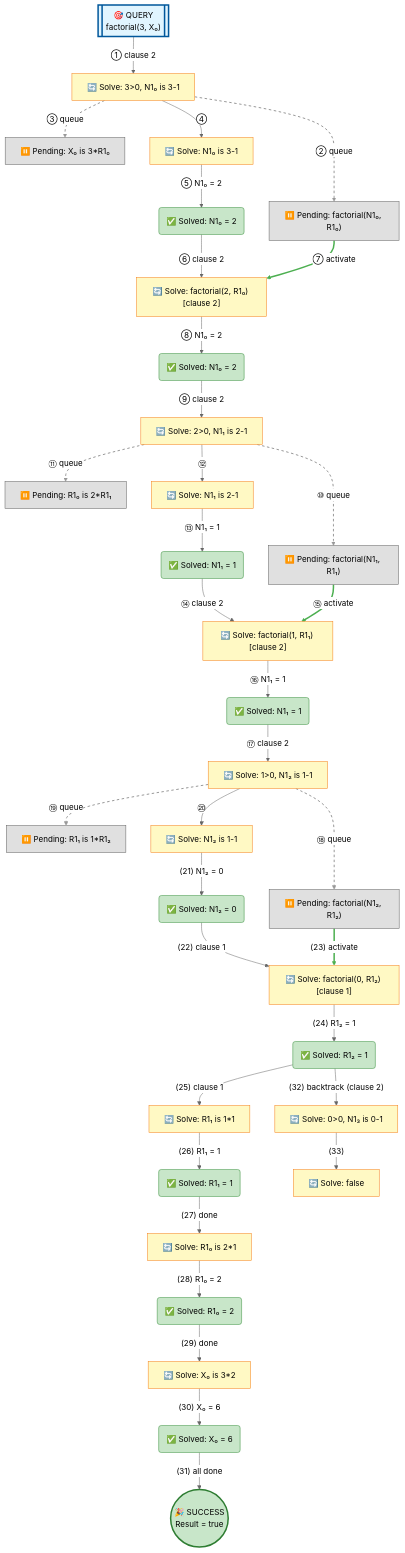
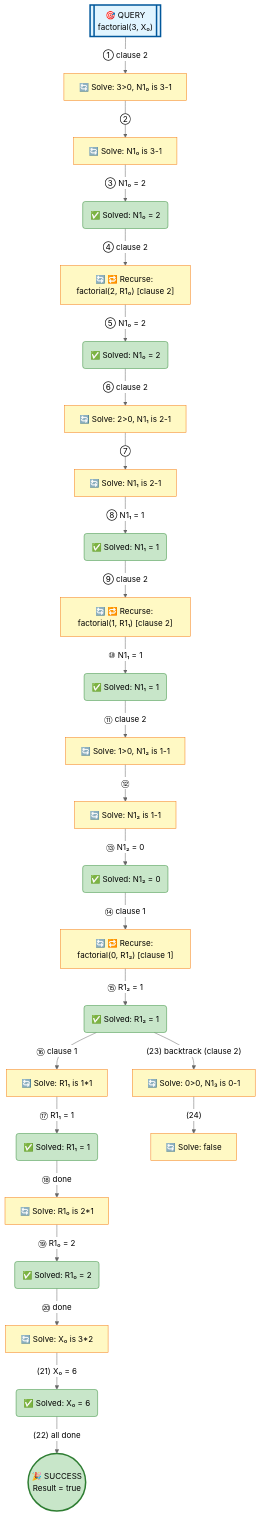
Before and after one commit to jarecsni/prolog-trace-viz: the diagram in examples/factorial-output.md, drawn with Mermaid (neutral theme). The commit also changed other lines of this file and 9 other files, not shown here.

````diff
--- a/examples/factorial-output.md
+++ b/examples/factorial-output.md
@@ -19,25 +19,19 @@
 %% Nodes
 A[["🎯 QUERY<br/>factorial(3, X₀)"]]
 B["🔄 Solve: 3>0, N1₀ is 3-1"]
-B2["⏸️ Pending: factorial(N1₀, R1₀)"]
-B3["⏸️ Pending: X₀ is 3*R1₀"]
 C["🔄 Solve: N1₀ is 3-1"]
 D("✅ Solved: N1₀ = 2")
-E["🔄 Solve: factorial(2, R1₀) [clause 2]"]
+E["🔄 🔁 Recurse: factorial(2, R1₀) [clause 2]"]
 F("✅ Solved: N1₀ = 2")
 G["🔄 Solve: 2>0, N1₁ is 2-1"]
-G2["⏸️ Pending: factorial(N1₁, R1₁)"]
-G3["⏸️ Pending: R1₀ is 2*R1₁"]
 H["🔄 Solve: N1₁ is 2-1"]
 I("✅ Solved: N1₁ = 1")
-J["🔄 Solve: factorial(1, R1₁) [clause 2]"]
+J["🔄 🔁 Recurse: factorial(1, R1₁) [clause 2]"]
 K("✅ Solved: N1₁ = 1")
 L["🔄 Solve: 1>0, N1₂ is 1-1"]
-L2["⏸️ Pending: factorial(N1₂, R1₂)"]
-L3["⏸️ Pending: R1₁ is 1*R1₂"]
 M["🔄 Solve: N1₂ is 1-1"]
 N("✅ Solved: N1₂ = 0")
-O["🔄 Solve: factorial(0, R1₂) [clause 1]"]
+O["🔄 🔁 Recurse: factorial(0, R1₂) [clause 1]"]
 P("✅ Solved: R1₂ = 1")
 Q["🔄 Solve: R1₁ is 1*1"]
 R("✅ Solved: R1₁ = 1")
@@ -51,58 +45,43 @@
 
 %% Edges
 A -->|"① clause 2"| B
-B -.->|"② queue"| B2
-B -.->|"③ queue"| B3
-B -->|"④"| C
-C -->|"⑤ N1₀ = 2"| D
-D -->|"⑥ clause 2"| E
-B2 ==>|"⑦ activate"| E
-E -->|"⑧ N1₀ = 2"| F
-F -->|"⑨ clause 2"| G
-G -.->|"⑩ queue"| G2
-G -.->|"⑪ queue"| G3
-G -->|"⑫"| H
-H -->|"⑬ N1₁ = 1"| I
-I -->|"⑭ clause 2"| J
-G2 ==>|"⑮ activate"| J
-J -->|"⑯ N1₁ = 1"| K
-K -->|"⑰ clause 2"| L
-L -.->|"⑱ queue"| L2
-L -.->|"⑲ queue"| L3
-L -->|"⑳"| M
-M -->|"(21) N1₂ = 0"| N
-N -->|"(22) clause 1"| O
-L2 ==>|"(23) activate"| O
-O -->|"(24) R1₂ = 1"| P
-P -->|"(25) clause 1"| Q
-Q -->|"(26) R1₁ = 1"| R
-R -->|"(27) done"| S
-S -->|"(28) R1₀ = 2"| T
-T -->|"(29) done"| U
-U -->|"(30) X₀ = 6"| V
-V -->|"(31) all done"| W
-P -->|"(32) backtrack (clause 2)"| X
-X -->|"(33)"| Y
+B -->|"②"| C
+C -->|"③ N1₀ = 2"| D
+D -->|"④ clause 2"| E
+E -->|"⑤ N1₀ = 2"| F
+F -->|"⑥ clause 2"| G
+G -->|"⑦"| H
+H -->|"⑧ N1₁ = 1"| I
+I -->|"⑨ clause 2"| J
+J -->|"⑩ N1₁ = 1"| K
+K -->|"⑪ clause 2"| L
+L -->|"⑫"| M
+M -->|"⑬ N1₂ = 0"| N
+N -->|"⑭ clause 1"| O
+O -->|"⑮ R1₂ = 1"| P
+P -->|"⑯ clause 1"| Q
+Q -->|"⑰ R1₁ = 1"| R
+R -->|"⑱ done"| S
+S -->|"⑲ R1₀ = 2"| T
+T -->|"⑳ done"| U
+U -->|"(21) X₀ = 6"| V
+V -->|"(22) all done"| W
+P -->|"(23) backtrack (clause 2)"| X
+X -->|"(24)"| Y
 
 %% Styles
 style A fill:#e1f5ff,stroke:#01579b,stroke-width:3px
 style B fill:#fff9c4,stroke:#f57f17
-style B2 fill:#e0e0e0,stroke:#616161
-style B3 fill:#e0e0e0,stroke:#616161
 style C fill:#fff9c4,stroke:#f57f17
 style D fill:#c8e6c9,stroke:#388e3c
 style E fill:#fff9c4,stroke:#f57f17
 style F fill:#c8e6c9,stroke:#388e3c
 style G fill:#fff9c4,stroke:#f57f17
-style G2 fill:#e0e0e0,stroke:#616161
-style G3 fill:#e0e0e0,stroke:#616161
 style H fill:#fff9c4,stroke:#f57f17
 style I fill:#c8e6c9,stroke:#388e3c
 style J fill:#fff9c4,stroke:#f57f17
 style K fill:#c8e6c9,stroke:#388e3c
 style L fill:#fff9c4,stroke:#f57f17
-style L2 fill:#e0e0e0,stroke:#616161
-style L3 fill:#e0e0e0,stroke:#616161
 style M fill:#fff9c4,stroke:#f57f17
 style N fill:#c8e6c9,stroke:#388e3c
 style O fill:#fff9c4,stroke:#f57f17
@@ -116,6 +95,4 @@
 style W fill:#c8e6c9,stroke:#2e7d32,stroke-width:3px
 style X fill:#fff9c4,stroke:#f57f17
 style Y fill:#fff9c4,stroke:#f57f17
-linkStyle 1,2,9,10,17,18 stroke:#999,stroke-width:2px,stroke-dasharray:5
-linkStyle 6,14,22 stroke:#4caf50,stroke-width:3px
 ```
````
